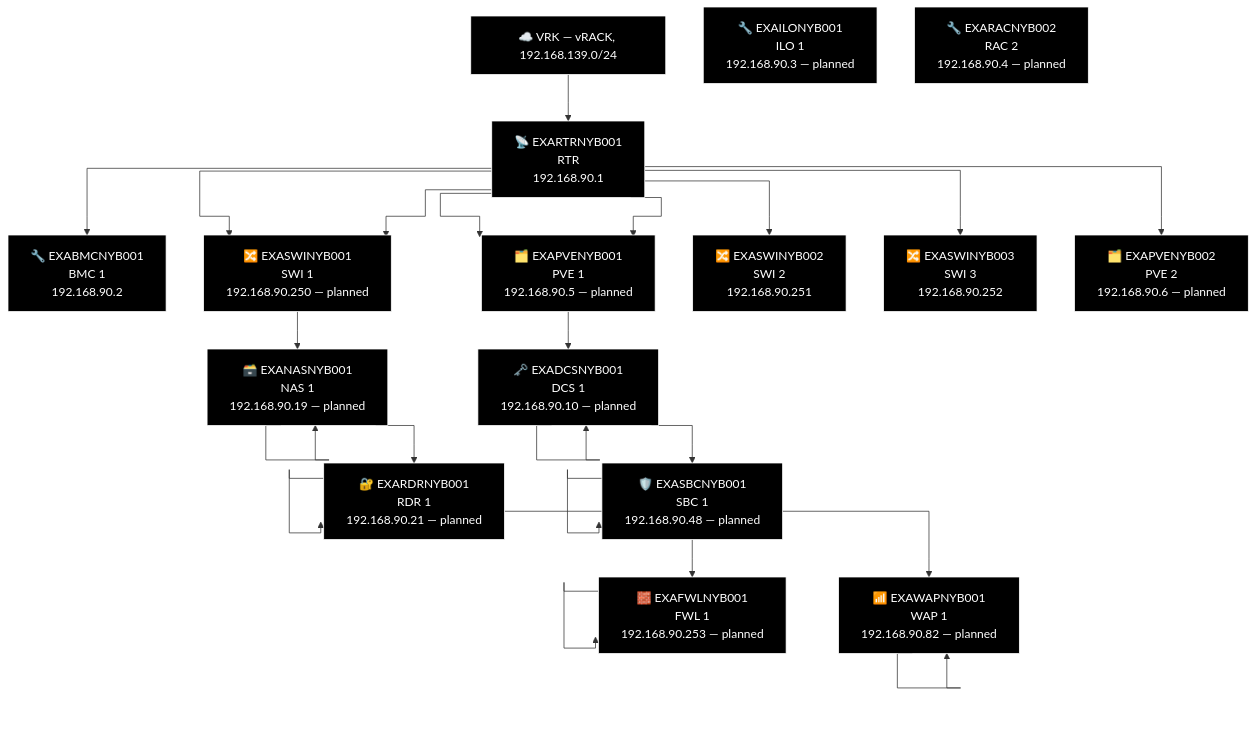
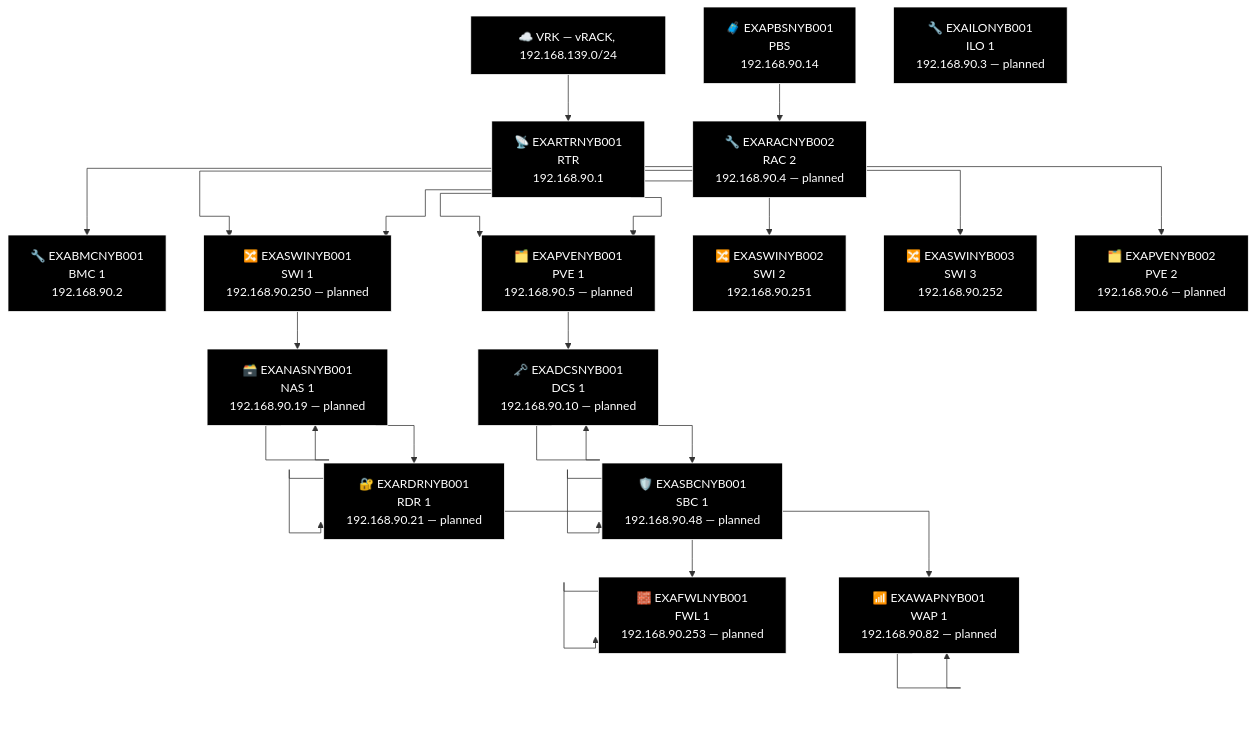
Diagram 23 of 23 in docs/network-diagram/danmark.md (knightmare2600/example_music_infra), drawn with Mermaid before and after one commit. The commit also changed other lines of this file and 14 other files, not shown here.

First line of the commit message:
docs/network-diagram: regenerate, every site was missing its PBS node

````diff
--- a/docs/network-diagram/danmark.md
+++ b/docs/network-diagram/danmark.md
@@ -1056,65 +1077,68 @@
 ```mermaid
 %% GENERATED:TOPOLOGY:NYB:START
 %%{init: {'flowchart': {'curve': 'stepAfter'}}}%%
 graph TD
     T_VRK["☁️ VRK — vRACK, 192.168.139.0/24"]
     T_RTR["📡 EXARTRNYB001<br/>RTR<br/>192.168.90.1"]
     T_VRK --> T_RTR
     T_BMC["🔧 EXABMCNYB001<br/>BMC 1<br/>192.168.90.2"]
     T_RTR --> T_BMC
     T_PVE["🗂️ EXAPVENYB001<br/>PVE 1<br/>192.168.90.5"]
     T_RTR --> T_PVE
     T_SWI["🔀 EXASWINYB001<br/>SWI 1<br/>192.168.90.250"]
     T_RTR --> T_SWI
     T_SWI2["🔀 EXASWINYB002<br/>SWI 2<br/>192.168.90.251"]
     T_RTR --> T_SWI2
     T_SWI3["🔀 EXASWINYB003<br/>SWI 3<br/>192.168.90.252"]
     T_RTR --> T_SWI3
     T_SWI["🔀 EXASWINYB001<br/>SWI 1<br/>192.168.90.250 — planned"]
     T_RTR --> T_SWI
     T_PVE["🗂️ EXAPVENYB001<br/>PVE 1<br/>192.168.90.5 — planned"]
     T_RTR --> T_PVE
     T_PVE2["🗂️ EXAPVENYB002<br/>PVE 2<br/>192.168.90.6 — planned"]
     T_RTR --> T_PVE2
     T_NAS["🗃️ EXANASNYB001<br/>NAS<br/>192.168.90.19"]
     T_NAS["🗃️ EXANASNYB001<br/>NAS 1<br/>192.168.90.19 — planned"]
     T_RDR["🔐 EXARDRNYB001<br/>RDR<br/>192.168.90.21"]
     T_RDR["🔐 EXARDRNYB001<br/>RDR 1<br/>192.168.90.21 — planned"]
     T_WAP["📶 EXAWAPNYB001<br/>WAP 1<br/>192.168.90.82"]
     T_WAP["📶 EXAWAPNYB001<br/>WAP 1<br/>192.168.90.82 — planned"]
     T_SWI --> T_NAS --> T_NAS --> T_RDR --> T_RDR --> T_WAP --> T_WAP
     T_DCS["🗝️ EXADCSNYB001<br/>DCS 1<br/>192.168.90.10"]
     T_DCS["🗝️ EXADCSNYB001<br/>DCS 1<br/>192.168.90.10 — planned"]
     T_SBC["🛡️ EXASBCNYB001<br/>SBC<br/>192.168.90.48"]
     T_SBC["🛡️ EXASBCNYB001<br/>SBC 1<br/>192.168.90.48 — planned"]
     T_FWL["🧱 EXAFWLNYB001<br/>LAN Face<br/>192.168.90.253"]
     T_FWL["🧱 EXAFWLNYB001<br/>FWL 1<br/>192.168.90.253 — planned"]
     T_PVE --> T_DCS --> T_DCS --> T_SBC --> T_SBC --> T_FWL --> T_FWL
+    T_PBS["🧳 EXAPBSNYB001<br/>PBS<br/>192.168.90.14"]
     T_ILO["🔧 EXAILONYB001<br/>ILO 1<br/>192.168.90.3 — planned"]
     T_RAC["🔧 EXARACNYB002<br/>RAC 2<br/>192.168.90.4 — planned"]
+    T_PBS --> T_RAC
     style T_VRK fill:#000000,stroke:#FFFFFF,color:#FFFFFF
     style T_RTR fill:#000000,stroke:#FFFFFF,color:#FFFFFF
     style T_BMC fill:#000000,stroke:#FFFFFF,color:#FFFFFF
     style T_PVE fill:#000000,stroke:#FFFFFF,color:#FFFFFF
     style T_SWI fill:#000000,stroke:#FFFFFF,color:#FFFFFF
     style T_SWI2 fill:#000000,stroke:#FFFFFF,color:#FFFFFF
     style T_SWI3 fill:#000000,stroke:#FFFFFF,color:#FFFFFF
     style T_SWI fill:#000000,stroke:#FFFFFF,color:#FFFFFF
     style T_PVE fill:#000000,stroke:#FFFFFF,color:#FFFFFF
     style T_PVE2 fill:#000000,stroke:#FFFFFF,color:#FFFFFF
     style T_NAS fill:#000000,stroke:#FFFFFF,color:#FFFFFF
     style T_NAS fill:#000000,stroke:#FFFFFF,color:#FFFFFF
     style T_RDR fill:#000000,stroke:#FFFFFF,color:#FFFFFF
     style T_RDR fill:#000000,stroke:#FFFFFF,color:#FFFFFF
     style T_WAP fill:#000000,stroke:#FFFFFF,color:#FFFFFF
     style T_WAP fill:#000000,stroke:#FFFFFF,color:#FFFFFF
     style T_DCS fill:#000000,stroke:#FFFFFF,color:#FFFFFF
     style T_DCS fill:#000000,stroke:#FFFFFF,color:#FFFFFF
     style T_SBC fill:#000000,stroke:#FFFFFF,color:#FFFFFF
     style T_SBC fill:#000000,stroke:#FFFFFF,color:#FFFFFF
     style T_FWL fill:#000000,stroke:#FFFFFF,color:#FFFFFF
     style T_FWL fill:#000000,stroke:#FFFFFF,color:#FFFFFF
+    style T_PBS fill:#000000,stroke:#FFFFFF,color:#FFFFFF
     style T_ILO fill:#000000,stroke:#FFFFFF,color:#FFFFFF
     style T_RAC fill:#000000,stroke:#FFFFFF,color:#FFFFFF
 %% GENERATED:TOPOLOGY:NYB:END
 ```
````
